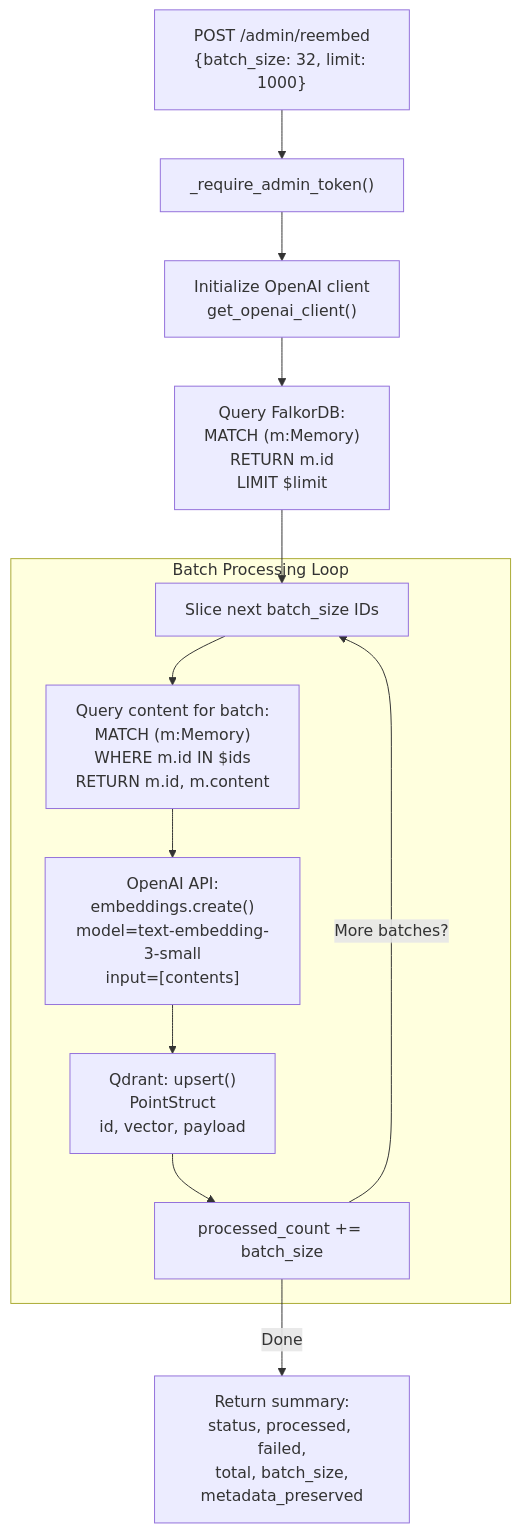
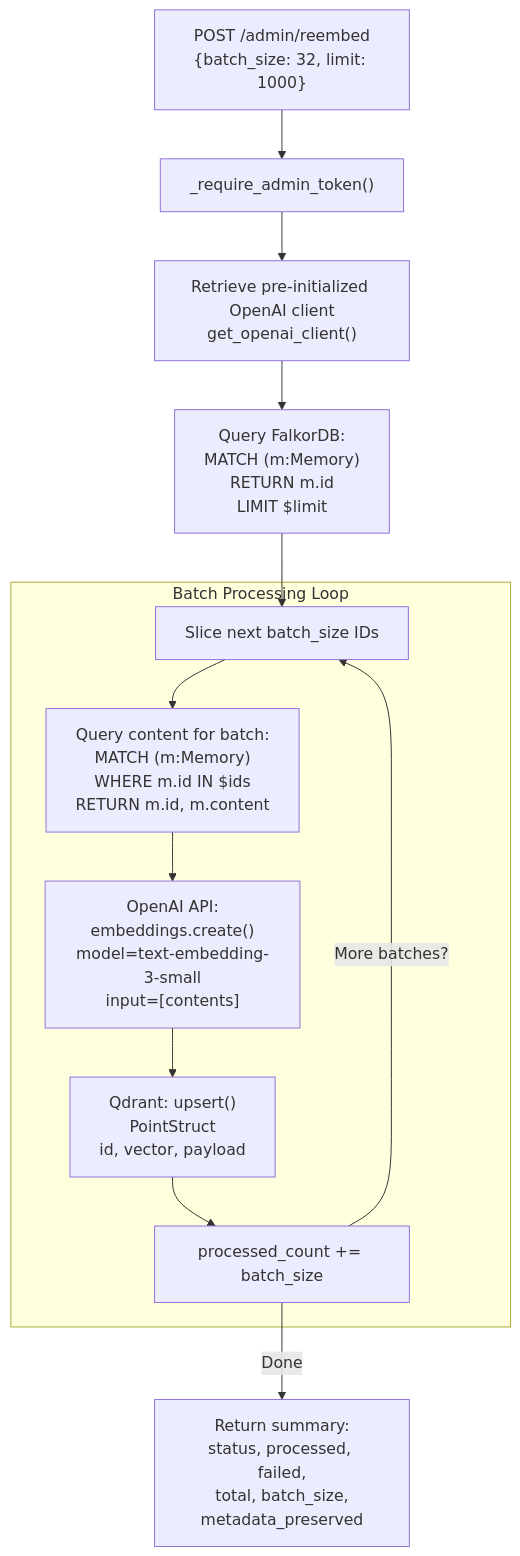
Before and after one commit to verygoodplugins/automem-website: the third of 3 diagrams in src/content/docs/docs/reference/api/admin.md, drawn with Mermaid. The commit also changed other lines of this file, not shown here.

````diff
--- a/src/content/docs/docs/reference/api/admin.md
+++ b/src/content/docs/docs/reference/api/admin.md
@@ -240,32 +240,32 @@
 ```mermaid
 graph TB
     Request["POST /admin/reembed<br/>{batch_size: 32, limit: 1000}"]
     Auth["_require_admin_token()"]
-    Init["Initialize OpenAI client<br/>get_openai_client()"]
+    Init["Retrieve pre-initialized OpenAI client<br/>get_openai_client()"]
 
     FetchIDs["Query FalkorDB:<br/>MATCH (m:Memory)<br/>RETURN m.id<br/>LIMIT $limit"]
 
     subgraph "Batch Processing Loop"
         Slice["Slice next batch_size IDs"]
         FetchContent["Query content for batch:<br/>MATCH (m:Memory)<br/>WHERE m.id IN $ids<br/>RETURN m.id, m.content"]
 
         CallOpenAI["OpenAI API:<br/>embeddings.create()<br/>model=text-embedding-3-small<br/>input=[contents]"]
 
         UpdateQdrant["Qdrant: upsert()<br/>PointStruct<br/>id, vector, payload"]
 
         IncrCount["processed_count += batch_size"]
     end
 
     Response["Return summary:<br/>status, processed, failed,<br/>total, batch_size,<br/>metadata_preserved"]
 
     Request-->Auth
     Auth-->Init
     Init-->FetchIDs
     FetchIDs-->Slice
     Slice-->FetchContent
     FetchContent-->CallOpenAI
     CallOpenAI-->UpdateQdrant
     UpdateQdrant-->IncrCount
     IncrCount-->|More batches?|Slice
     IncrCount-->|Done|Response
 ```
````
